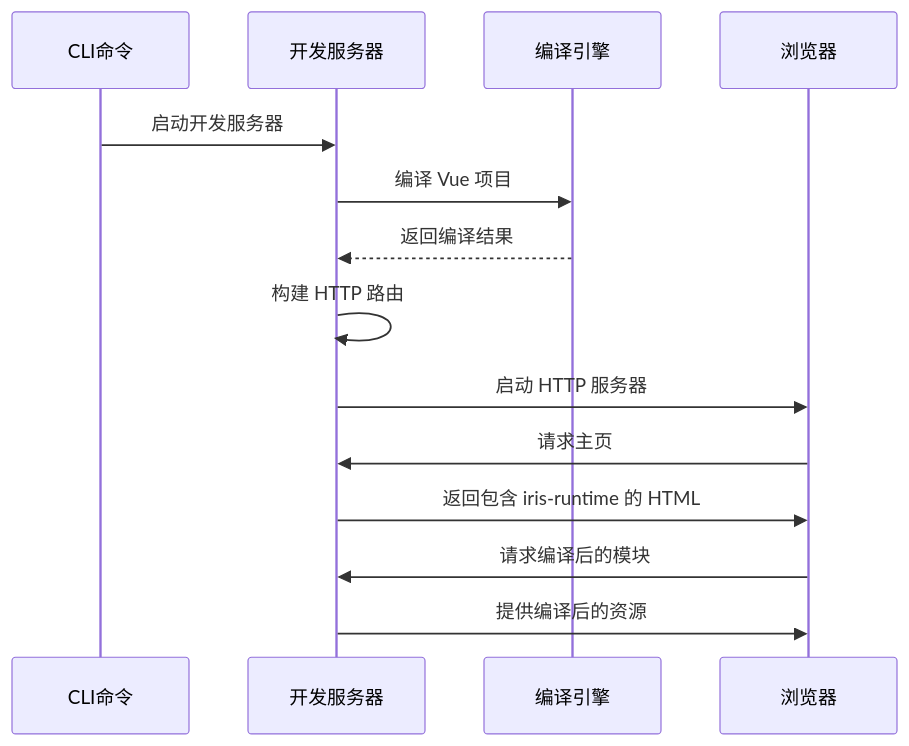
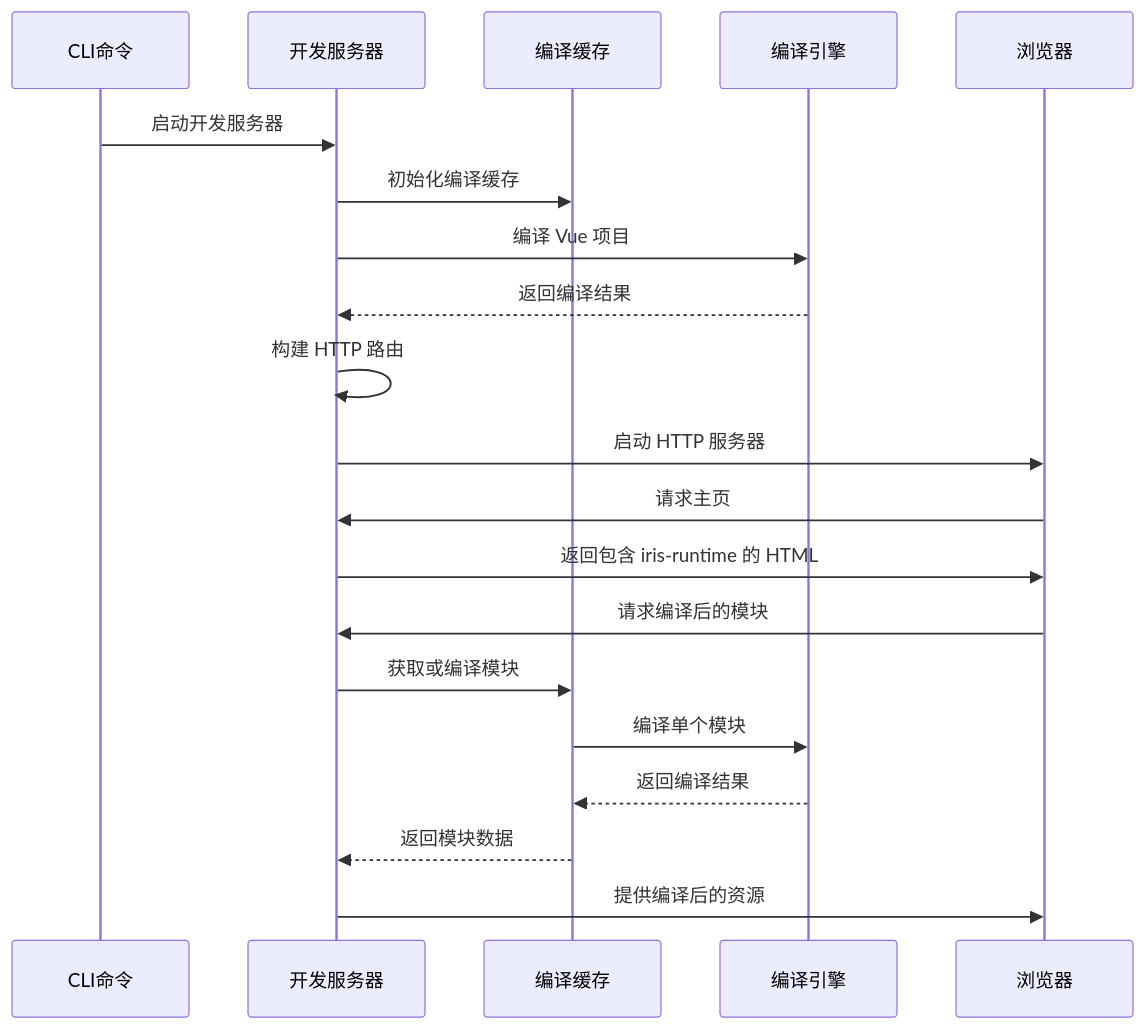
The second of 10 diagrams in .qoder/repowiki/zh/content/核心功能特性/Iris JetCrab CLI工具.md (itszzl-sudo/iris), drawn with Mermaid before and after one commit. The commit also changed other lines of this file and 887 other files, not shown here.

````diff
--- a/.qoder/repowiki/zh/content/核心功能特性/Iris JetCrab CLI工具.md
+++ b/.qoder/repowiki/zh/content/核心功能特性/Iris JetCrab CLI工具.md
@@ -118,16 +120,22 @@
 ```mermaid
 sequenceDiagram
 participant CLI as CLI命令
 participant DevServer as 开发服务器
+participant Cache as 编译缓存
 participant Engine as 编译引擎
 participant Browser as 浏览器
 CLI->>DevServer : 启动开发服务器
+DevServer->>Cache : 初始化编译缓存
 DevServer->>Engine : 编译 Vue 项目
 Engine-->>DevServer : 返回编译结果
 DevServer->>DevServer : 构建 HTTP 路由
 DevServer->>Browser : 启动 HTTP 服务器
 Browser->>DevServer : 请求主页
 DevServer->>Browser : 返回包含 iris-runtime 的 HTML
 Browser->>DevServer : 请求编译后的模块
+DevServer->>Cache : 获取或编译模块
+Cache->>Engine : 编译单个模块
+Engine-->>Cache : 返回编译结果
+Cache-->>DevServer : 返回模块数据
 DevServer->>Browser : 提供编译后的资源
 ```
````
